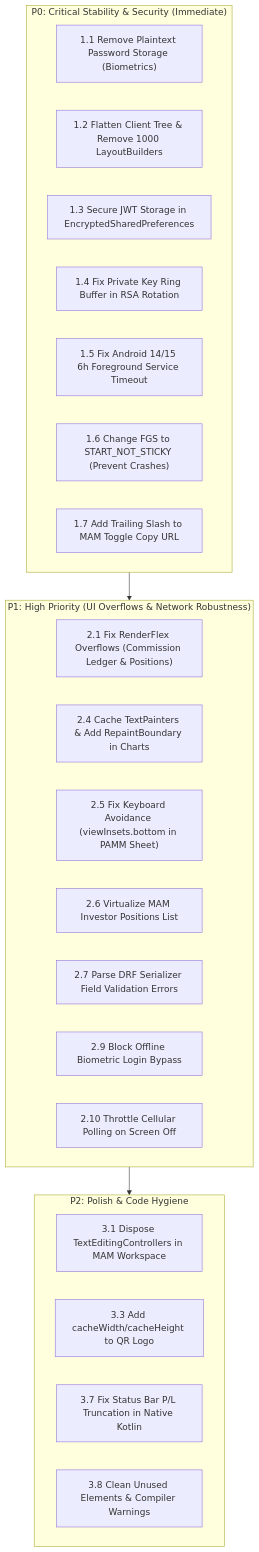
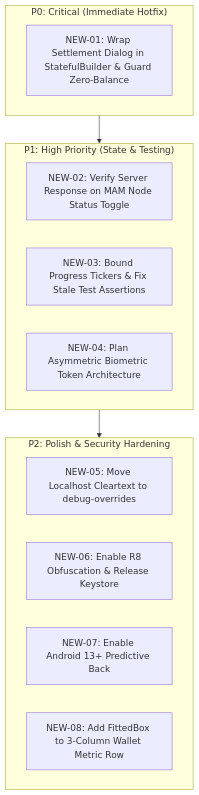
Before and after one commit to Moneykrishnaeducation/crm_app: the second of 2 diagrams in APPLICATION_AUDIT.md, drawn with Mermaid. The commit also changed other lines of this file, not shown here.

Commit message:
docs(audit): update comprehensive technical audit report for latest MAM commits and architecture

````diff
--- a/APPLICATION_AUDIT.md
+++ b/APPLICATION_AUDIT.md
@@ -292,31 +260,21 @@
 ```mermaid
 flowchart TD
-    subgraph P0["P0: Critical Stability & Security (Immediate)"]
-        A1["1.1 Remove Plaintext Password Storage (Biometrics)"]
-        A2["1.2 Flatten Client Tree & Remove 1000 LayoutBuilders"]
-        A3["1.3 Secure JWT Storage in EncryptedSharedPreferences"]
-        A4["1.4 Fix Private Key Ring Buffer in RSA Rotation"]
-        A5["1.5 Fix Android 14/15 6h Foreground Service Timeout"]
-        A6["1.6 Change FGS to START_NOT_STICKY (Prevent Crashes)"]
-        A7["1.7 Add Trailing Slash to MAM Toggle Copy URL"]
+    subgraph P0["P0: Critical (Immediate Hotfix)"]
+        A1["NEW-01: Wrap Settlement Dialog in StatefulBuilder & Guard Zero-Balance"]
     end
 
-    subgraph P1["P1: High Priority (UI Overflows & Network Robustness)"]
-        B1["2.1 Fix RenderFlex Overflows (Commission Ledger & Positions)"]
-        B2["2.4 Cache TextPainters & Add RepaintBoundary in Charts"]
-        B3["2.5 Fix Keyboard Avoidance (viewInsets.bottom in PAMM Sheet)"]
-        B4["2.6 Virtualize MAM Investor Positions List"]
-        B5["2.7 Parse DRF Serializer Field Validation Errors"]
-        B6["2.9 Block Offline Biometric Login Bypass"]
-        B7["2.10 Throttle Cellular Polling on Screen Off"]
+    subgraph P1["P1: High Priority (State & Testing)"]
+        B1["NEW-02: Verify Server Response on MAM Node Status Toggle"]
+        B2["NEW-03: Bound Progress Tickers & Fix Stale Test Assertions"]
+        B3["NEW-04: Plan Asymmetric Biometric Token Architecture"]
     end
 
-    subgraph P2["P2: Polish & Code Hygiene"]
-        C1["3.1 Dispose TextEditingControllers in MAM Workspace"]
-        C2["3.3 Add cacheWidth/cacheHeight to QR Logo"]
-        C3["3.7 Fix Status Bar P/L Truncation in Native Kotlin"]
-        C4["3.8 Clean Unused Elements & Compiler Warnings"]
+    subgraph P2["P2: Polish & Security Hardening"]
+        C1["NEW-05: Move Localhost Cleartext to debug-overrides"]
+        C2["NEW-06: Enable R8 Obfuscation & Release Keystore"]
+        C3["NEW-07: Enable Android 13+ Predictive Back"]
+        C4["NEW-08: Add FittedBox to 3-Column Wallet Metric Row"]
     end
 
     P0 --> P1 --> P2
 ```
````
